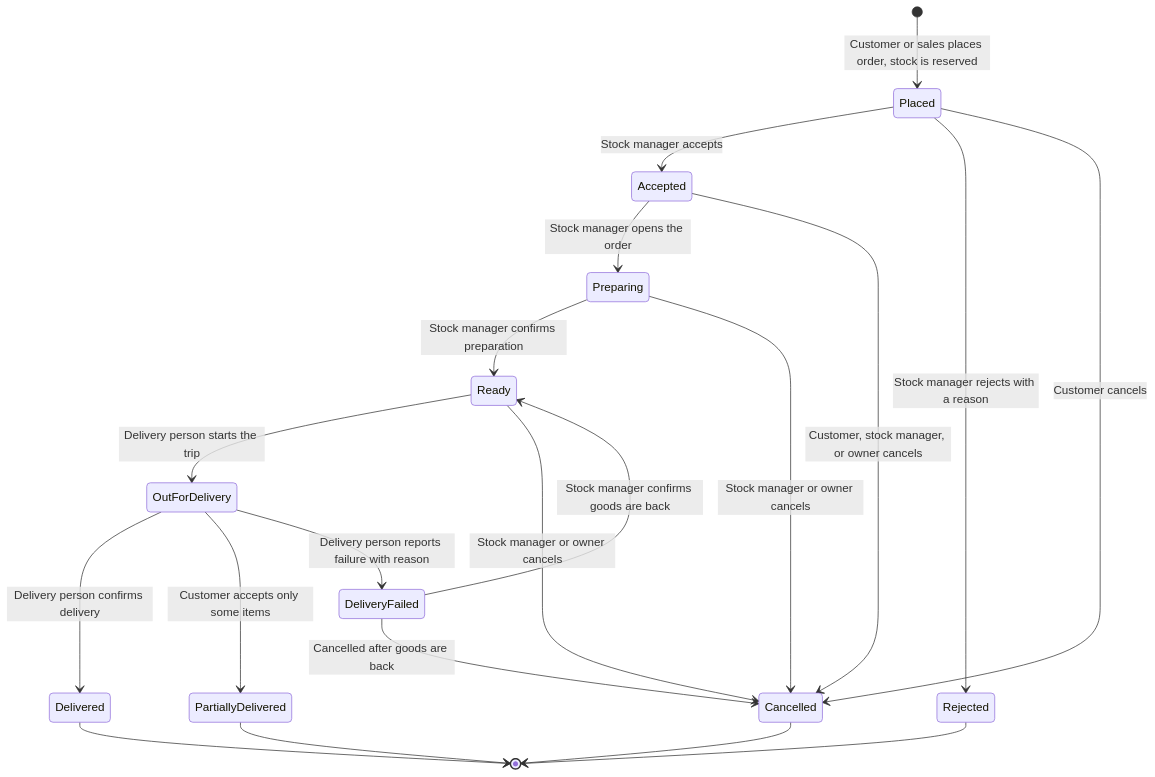
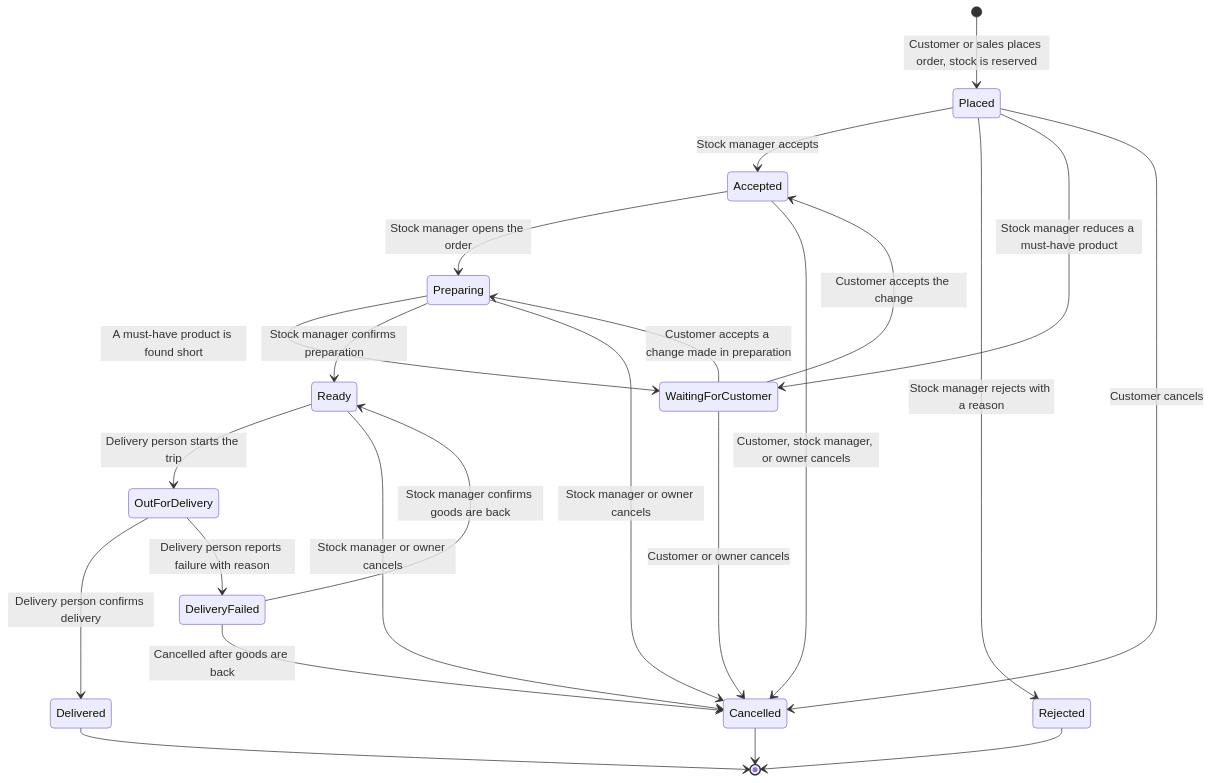
Before and after one commit to AhmedElnagarUU/Cosmo: the first of 5 diagrams in docs/workflows/01-order-lifecycle.md, drawn with Mermaid. The commit also changed other lines of this file and 28 other files, not shown here.

First line of the commit message:
Confirm open decisions: offers, supplier returns, must-have products, working hours

````diff
--- a/docs/workflows/01-order-lifecycle.md
+++ b/docs/workflows/01-order-lifecycle.md
@@ -9,22 +9,25 @@
 ```mermaid
 stateDiagram-v2
     [*] --> Placed: Customer or sales places order, stock is reserved
     Placed --> Accepted: Stock manager accepts
     Placed --> Rejected: Stock manager rejects with a reason
+    Placed --> WaitingForCustomer: Stock manager reduces a must-have product
+    WaitingForCustomer --> Accepted: Customer accepts the change
+    WaitingForCustomer --> Cancelled: Customer or owner cancels
+    Preparing --> WaitingForCustomer: A must-have product is found short
+    WaitingForCustomer --> Preparing: Customer accepts a change made in preparation
     Accepted --> Preparing: Stock manager opens the order
     Preparing --> Ready: Stock manager confirms preparation
     Ready --> OutForDelivery: Delivery person starts the trip
     OutForDelivery --> Delivered: Delivery person confirms delivery
-    OutForDelivery --> PartiallyDelivered: Customer accepts only some items
     OutForDelivery --> DeliveryFailed: Delivery person reports failure with reason
     DeliveryFailed --> Ready: Stock manager confirms goods are back
     DeliveryFailed --> Cancelled: Cancelled after goods are back
     Placed --> Cancelled: Customer cancels
     Accepted --> Cancelled: Customer, stock manager, or owner cancels
     Preparing --> Cancelled: Stock manager or owner cancels
     Ready --> Cancelled: Stock manager or owner cancels
     Delivered --> [*]
-    PartiallyDelivered --> [*]
     Rejected --> [*]
     Cancelled --> [*]
 ```
````
